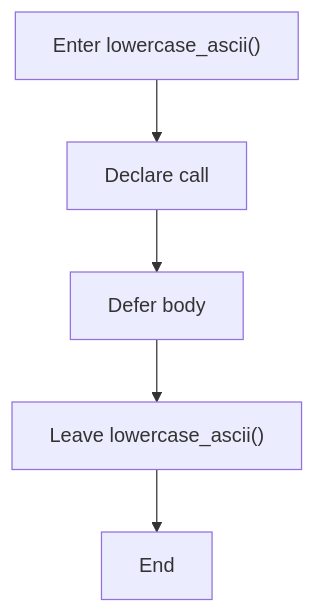
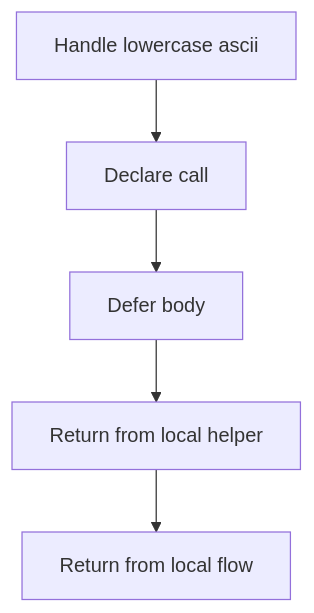
One commit to JohnAndrewBalbarosa/NeoTerritory changed the second of 5 diagrams in docs/Codebase/Microservice/Modules/Header/SyntacticBrokenAST/Analysis/Lexical/language_tokens.hpp.md. Above: the diagram before and after it, drawn with Mermaid. The commit also changed other lines of this file and 925 other files, not shown here.

````diff
--- a/docs/Codebase/Microservice/Modules/Header/SyntacticBrokenAST/Analysis/Lexical/language_tokens.hpp.md
+++ b/docs/Codebase/Microservice/Modules/Header/SyntacticBrokenAST/Analysis/Lexical/language_tokens.hpp.md
@@ -56,12 +55,12 @@
 ```mermaid
 flowchart TD
-    N0["Enter lowercase_ascii()"]
+    N0["Handle lowercase ascii"]
     N1["Declare call"]
     N2["Defer body"]
-    N3["Leave lowercase_ascii()"]
-    N4["End"]
+    N3["Return from local helper"]
+    N4["Return from local flow"]
     N0 --> N1
     N1 --> N2
     N2 --> N3
     N3 --> N4
 ```
````
